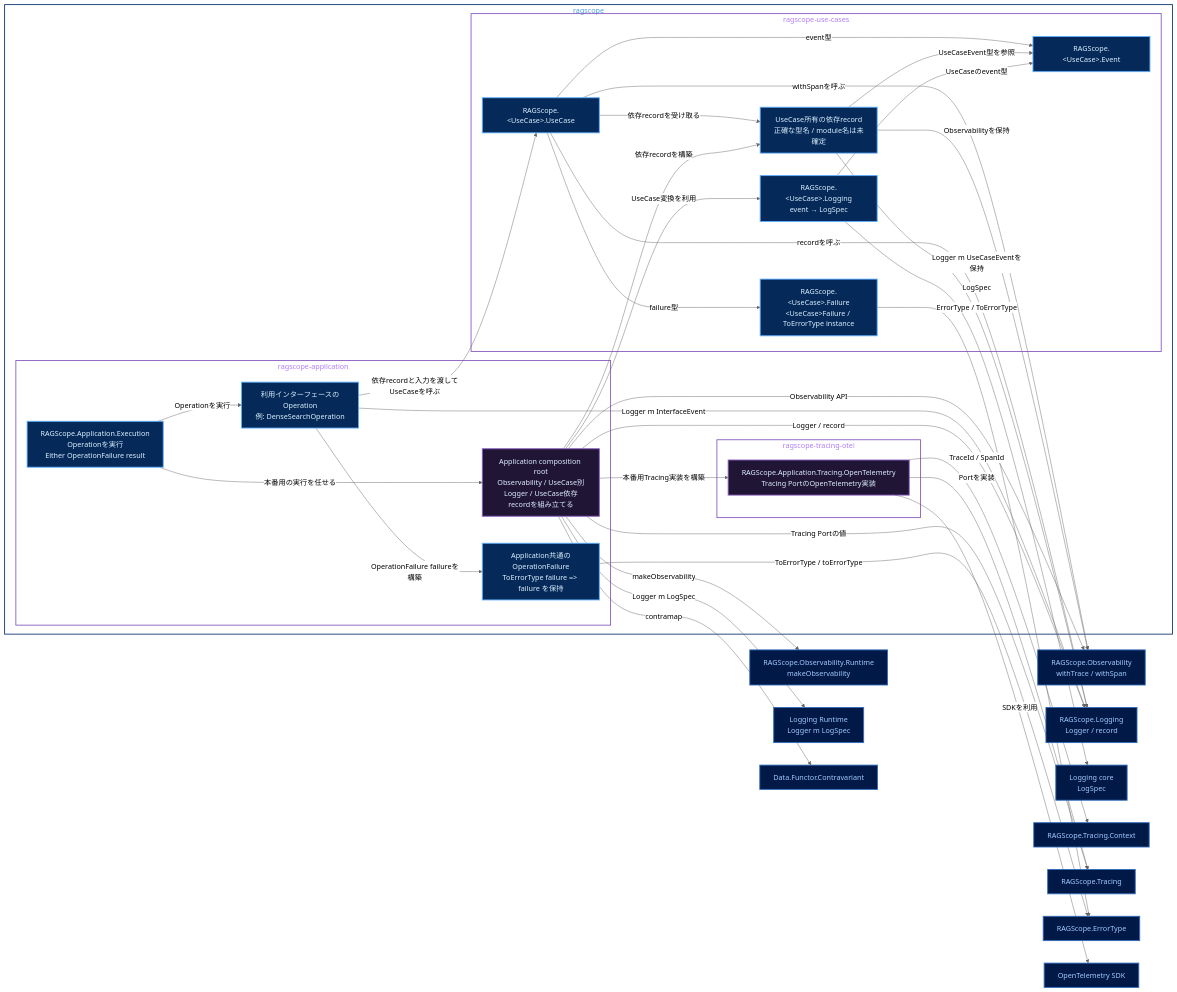
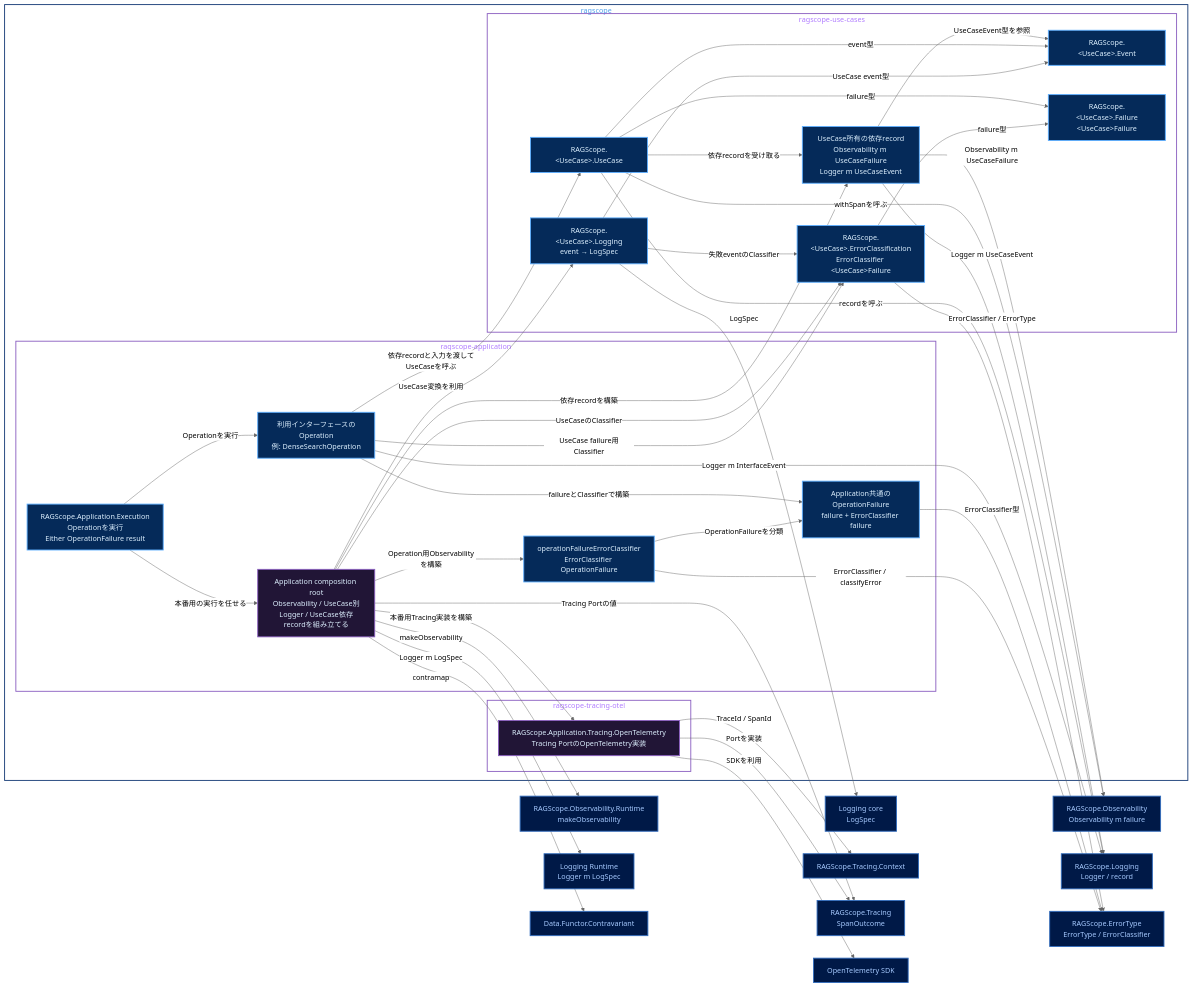
The diagram in Notes/RAGScope/RAGScopeアプリケーション/実行追跡・構造化ログ静的依存図 Application・UseCase.md (takashit16833/Workbench), drawn with Mermaid (neutral theme) before and after one commit. The commit also changed other lines of this file and 5 other files, not shown here.

Commit message:
docs: sync RS-0022 error classification design

```diff
--- a/Notes/RAGScope/RAGScopeアプリケーション/実行追跡・構造化ログ静的依存図 Application・UseCase.md
+++ b/Notes/RAGScope/RAGScopeアプリケーション/実行追跡・構造化ログ静的依存図 Application・UseCase.md
@@ -27,56 +25,68 @@
             app_exec["RAGScope.Application.Execution<br/>Operationを実行<br/>Either OperationFailure result"]
             composition["Application composition root<br/>Observability / UseCase別Logger / UseCase依存recordを組み立てる"]
             interface_op["利用インターフェースのOperation<br/>例: DenseSearchOperation"]
-            operation_failure["Application共通のOperationFailure<br/>ToErrorType failure =&gt; failure を保持"]
+            operation_failure["Application共通のOperationFailure<br/>failure + ErrorClassifier failure"]
+            operation_classifier["operationFailureErrorClassifier<br/>ErrorClassifier OperationFailure"]
         end
         subgraph usecase_lib["ragscope-use-cases"]
             usecase_body["RAGScope.&lt;UseCase&gt;.UseCase"]
-            usecase_deps["UseCase所有の依存record<br/>正確な型名 / module名は未確定"]
+            usecase_deps["UseCase所有の依存record<br/>Observability m UseCaseFailure<br/>Logger m UseCaseEvent"]
             usecase_event["RAGScope.&lt;UseCase&gt;.Event"]
-            usecase_failure["RAGScope.&lt;UseCase&gt;.Failure<br/>&lt;UseCase&gt;Failure / ToErrorType instance"]
+            usecase_failure["RAGScope.&lt;UseCase&gt;.Failure<br/>&lt;UseCase&gt;Failure"]
+            usecase_classifier["RAGScope.&lt;UseCase&gt;.ErrorClassification<br/>ErrorClassifier &lt;UseCase&gt;Failure"]
             usecase_logging["RAGScope.&lt;UseCase&gt;.Logging<br/>event → LogSpec"]
         end
         subgraph otel_adapter_lib["ragscope-tracing-otel"]
             otel_adapter["RAGScope.Application.Tracing.OpenTelemetry<br/>Tracing PortのOpenTelemetry実装"]
         end
     end
-    obs["RAGScope.Observability<br/>withTrace / withSpan"]
+    obs["RAGScope.Observability<br/>Observability m failure"]
     obs_runtime["RAGScope.Observability.Runtime<br/>makeObservability"]
     logger["RAGScope.Logging<br/>Logger / record"]
     logspec["Logging core<br/>LogSpec"]
     logging_runtime["Logging Runtime<br/>Logger m LogSpec"]
     context["RAGScope.Tracing.Context"]
-    tracing["RAGScope.Tracing"]
-    error_type["RAGScope.ErrorType"]
+    tracing["RAGScope.Tracing<br/>SpanOutcome"]
+    error_type["RAGScope.ErrorType<br/>ErrorType / ErrorClassifier"]
     contravariant["Data.Functor.Contravariant"]
     sdk["OpenTelemetry SDK"]
 
     app_exec -->|本番用の実行を任せる| composition
     app_exec -->|Operationを実行| interface_op
+    composition -->|UseCaseのClassifier| usecase_classifier
     composition -->|UseCase変換を利用| usecase_logging
     composition -->|依存recordを構築| usecase_deps
-    composition -->|Logger / record| logger
+    composition -->|makeObservability| obs_runtime
+    composition -->|Tracing Portの値| tracing
     composition -->|Logger m LogSpec| logging_runtime
     composition -->|contramap| contravariant
-    usecase_logging -->|UseCaseのevent型| usecase_event
-    usecase_logging -->|LogSpec| logspec
+    composition -->|本番用Tracing実装を構築| otel_adapter
+
     interface_op -->|依存recordと入力を渡してUseCaseを呼ぶ| usecase_body
+    interface_op -->|failureとClassifierで構築| operation_failure
+    interface_op -->|UseCase failure用Classifier| usecase_classifier
     interface_op -->|Logger m InterfaceEvent| logger
-    interface_op -->|OperationFailure failureを構築| operation_failure
-    operation_failure -->|ToErrorType / toErrorType| error_type
+
+    operation_failure -->|ErrorClassifier型| error_type
+    operation_classifier -->|OperationFailureを分類| operation_failure
+    operation_classifier -->|ErrorClassifier / classifyError| error_type
+    composition -->|Operation用Observabilityを構築| operation_classifier
+
     usecase_body -->|依存recordを受け取る| usecase_deps
     usecase_deps -->|UseCaseEvent型を参照| usecase_event
-    usecase_deps -->|Observabilityを保持| obs
-    usecase_deps -->|Logger m UseCaseEventを保持| logger
+    usecase_deps -->|Observability m UseCaseFailure| obs
+    usecase_deps -->|Logger m UseCaseEvent| logger
     usecase_body -->|event型| usecase_event
     usecase_body -->|failure型| usecase_failure
     usecase_body -->|withSpanを呼ぶ| obs
     usecase_body -->|recordを呼ぶ| logger
-    usecase_failure -->|ErrorType / ToErrorType| error_type
-    composition -->|Observability API| obs
-    composition -->|makeObservability| obs_runtime
-    composition -->|Tracing Portの値| tracing
-    composition -->|本番用Tracing実装を構築| otel_adapter
+
+    usecase_classifier -->|failure型| usecase_failure
+    usecase_classifier -->|ErrorClassifier / ErrorType| error_type
+    usecase_logging -->|UseCase event型| usecase_event
+    usecase_logging -->|失敗eventのClassifier| usecase_classifier
+    usecase_logging -->|LogSpec| logspec
+
     otel_adapter -->|Portを実装| tracing
     otel_adapter -->|TraceId / SpanId| context
     otel_adapter -->|SDKを利用| sdk
@@ -84,7 +94,7 @@
     classDef public fill:#052A59,stroke:#5EAFFF,color:#DDF0FF,stroke-width:2px
     classDef private fill:#211536,stroke:#8A5EC0,color:#DDF0FF,stroke-width:2px
     classDef outside fill:#001947,stroke:#316CBD,color:#A6CAFF,stroke-width:2px
-    class app_exec,interface_op,operation_failure,usecase_body,usecase_deps,usecase_event,usecase_failure,usecase_logging public
+    class app_exec,interface_op,operation_failure,operation_classifier,usecase_body,usecase_deps,usecase_event,usecase_failure,usecase_classifier,usecase_logging public
     class composition,otel_adapter private
     class obs,obs_runtime,logger,logspec,logging_runtime,context,tracing,error_type,contravariant,sdk outside
     style pkg_ragscope fill:transparent,stroke:#153A75,color:#4C9EEB,stroke-width:2px
```
